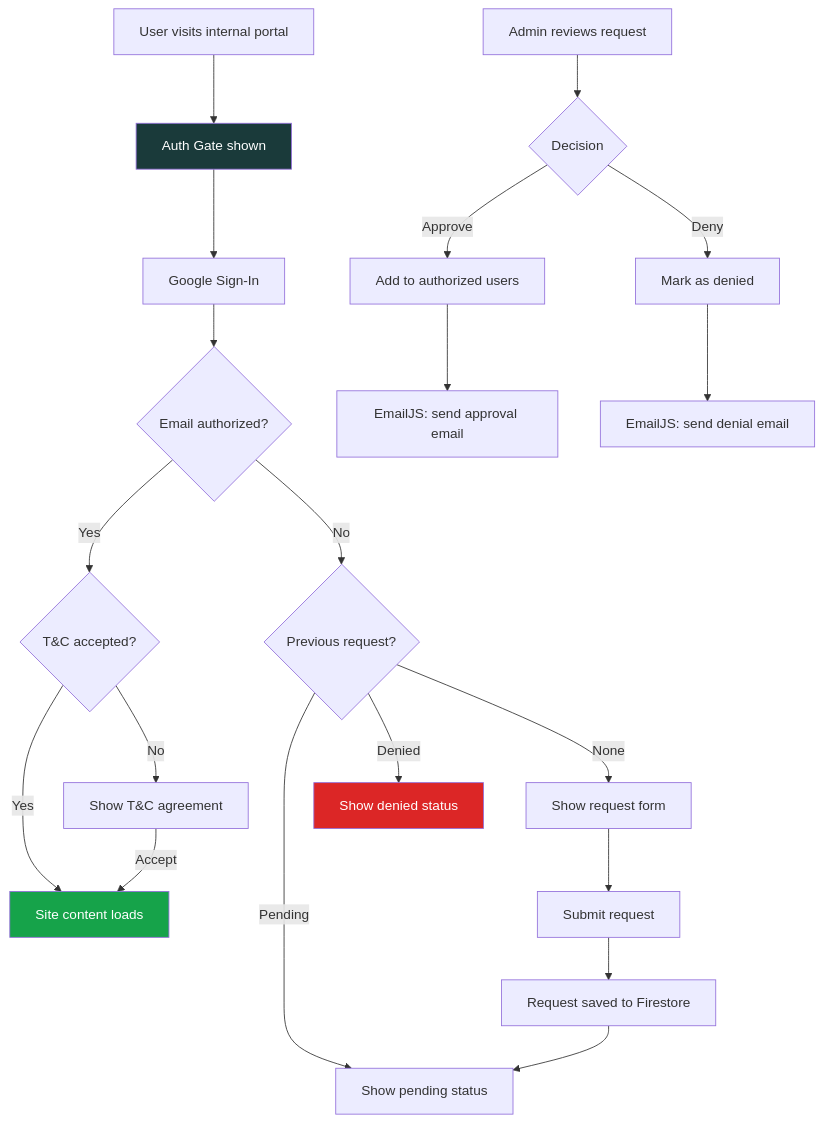
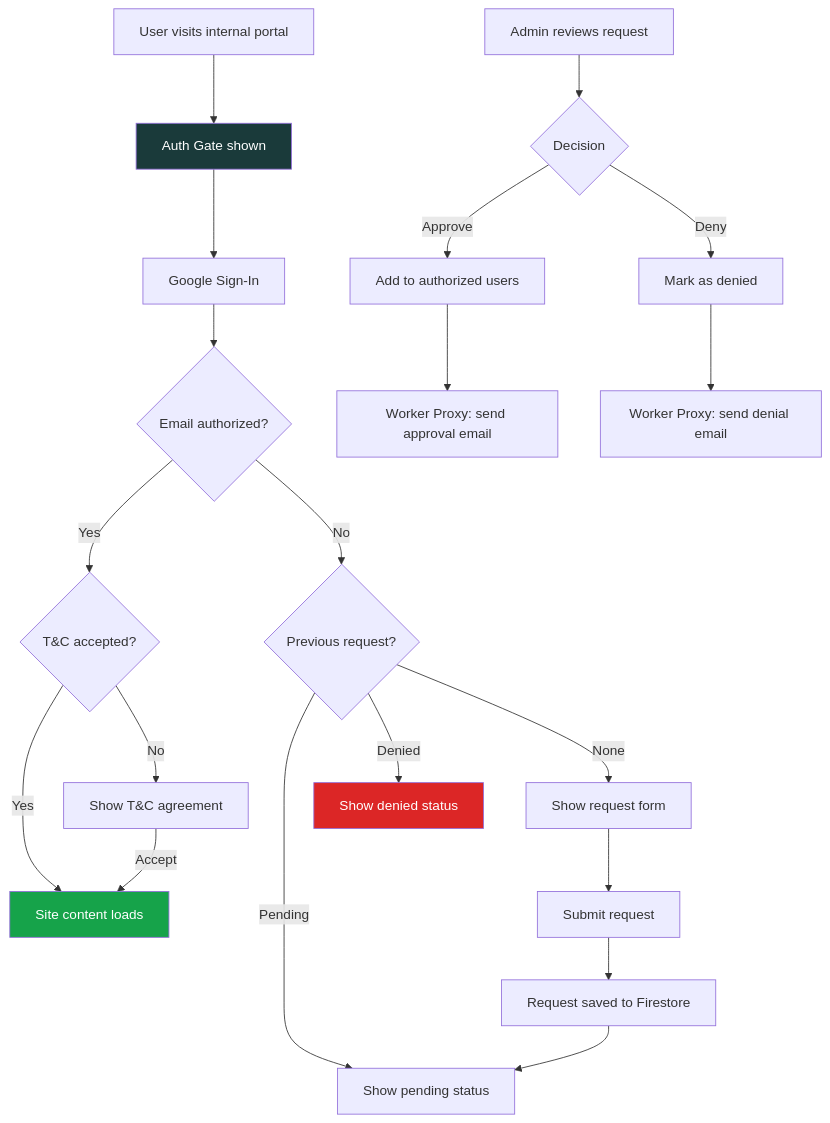
One commit to MountainsToGo/bbhosts changed the third of 8 diagrams in ARCHITECTURE.md. Above: the diagram before and after it, drawn with Mermaid. The commit also changed other lines of this file and 2 other files, not shown here.

First line of the commit message:
Security cleanup: harden .gitignore, remove debug logs, update ARCHITECTURE.md

````diff
--- a/ARCHITECTURE.md
+++ b/ARCHITECTURE.md
@@ -88,27 +109,27 @@
 ```mermaid
 flowchart TD
     A[User visits internal portal] --> B[Auth Gate shown]
     B --> C[Google Sign-In]
     C --> D{Email authorized?}
     D -->|Yes| E{T&C accepted?}
     E -->|Yes| F[Site content loads]
     E -->|No| G[Show T&C agreement]
     G -->|Accept| F
     D -->|No| H{Previous request?}
     H -->|Pending| I[Show pending status]
     H -->|Denied| J[Show denied status]
     H -->|None| K[Show request form]
     K --> L[Submit request]
     L --> M[Request saved to Firestore]
     M --> I
 
     N[Admin reviews request] --> O{Decision}
     O -->|Approve| P[Add to authorized users]
-    P --> Q[EmailJS: send approval email]
+    P --> Q[Worker Proxy: send approval email]
     O -->|Deny| R[Mark as denied]
-    R --> S[EmailJS: send denial email]
+    R --> S[Worker Proxy: send denial email]
 
     style B fill:#1a3a3a,color:#fff
     style F fill:#16a34a,color:#fff
     style J fill:#dc2626,color:#fff
 ```
````
